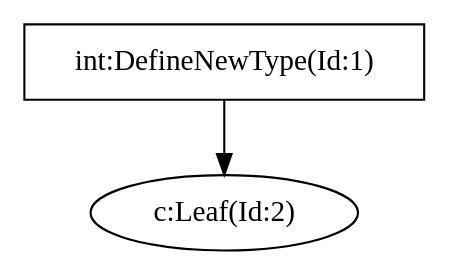
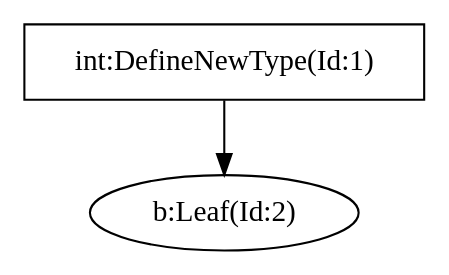
Before and after one commit to egoshin-igor/StateMachine: the diagram in Compiler/SyntacticalAnalyzerGenerator/LangFiles/astTree.dot, drawn with Graphviz. The commit also changed 9 other files, not shown here.

```diff
--- a/Compiler/SyntacticalAnalyzerGenerator/LangFiles/astTree.dot
+++ b/Compiler/SyntacticalAnalyzerGenerator/LangFiles/astTree.dot
@@ -1,1 +1,1 @@
-digraph G{"int:DefineNewType(Id:1)" [shape = box];"int:DefineNewType(Id:1)"->"c:Leaf(Id:2)";}
+digraph G{"int:DefineNewType(Id:1)" [shape = box];"int:DefineNewType(Id:1)"->"b:Leaf(Id:2)";}
```
